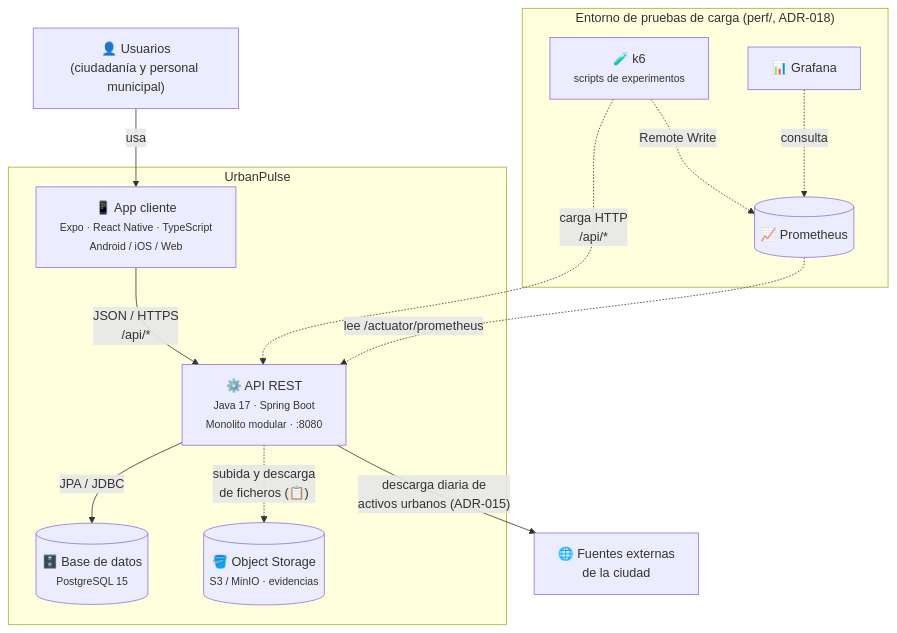
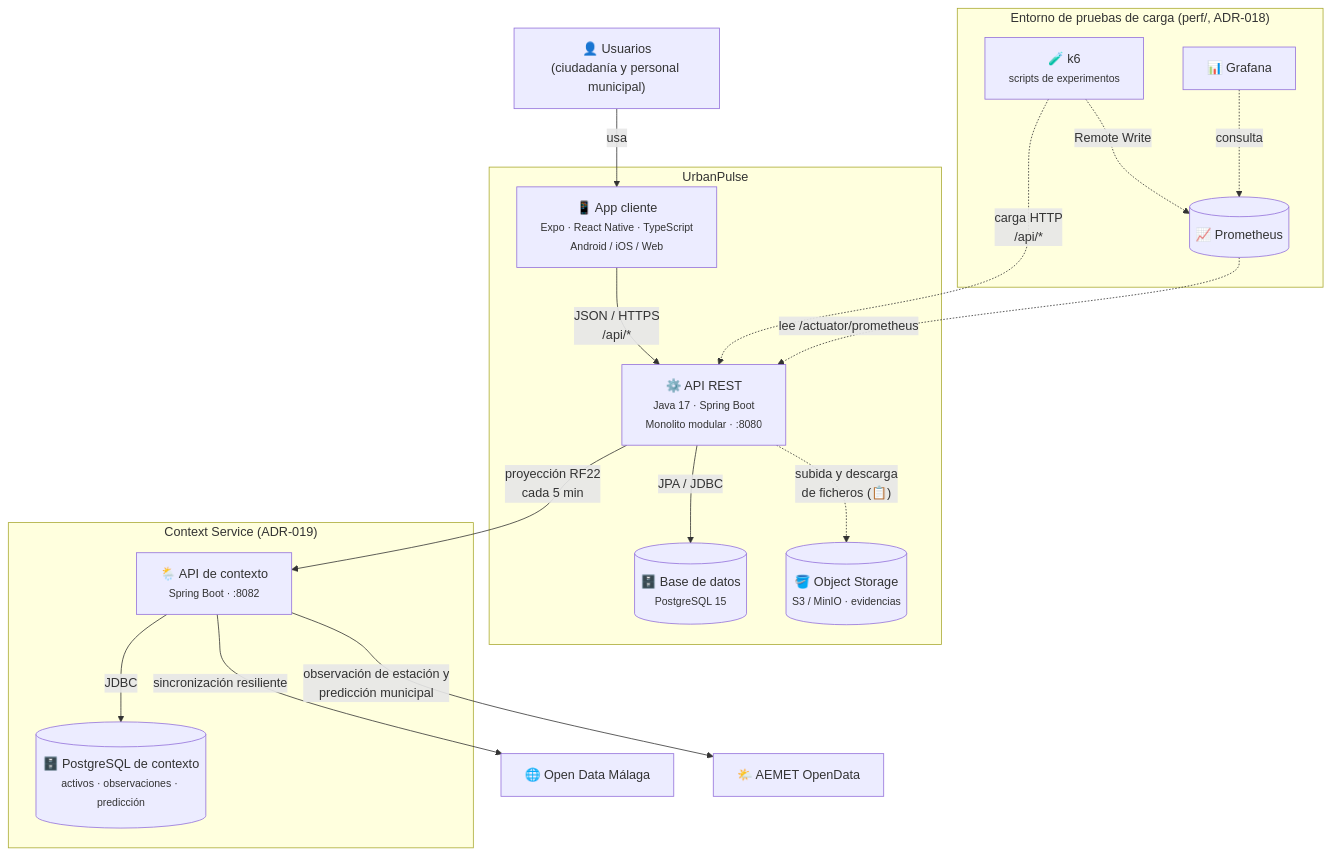
Before and after one commit to JANUEVE5/UrbanPulse: the second of 6 diagrams in docs/architecture.md, drawn with Mermaid. The commit also changed other lines of this file and 54 other files, not shown here.

Commit message:
feat(context): extraer contexto urbano y meteorológico

````diff
--- a/docs/architecture.md
+++ b/docs/architecture.md
@@ -74,29 +75,37 @@
 ```mermaid
 flowchart TB
     user["👤 Usuarios<br/>(ciudadanía y personal municipal)"]
 
     subgraph up["UrbanPulse"]
         app["📱 App cliente<br/><small>Expo · React Native · TypeScript<br/>Android / iOS / Web</small>"]
         api["⚙️ API REST<br/><small>Java 17 · Spring Boot<br/>Monolito modular · :8080</small>"]
         db[("🗄️ Base de datos<br/><small>PostgreSQL 15</small>")]
         obj[("🪣 Object Storage<br/><small>S3 / MinIO · evidencias</small>")]
     end
 
-    ext["🌐 Fuentes externas<br/>de la ciudad"]
+    subgraph ctx["Context Service (ADR-019)"]
+        ctxapi["🌦️ API de contexto<br/><small>Spring Boot · :8082</small>"]
+        ctxdb[("🗄️ PostgreSQL de contexto<br/><small>activos · observaciones · predicción</small>")]
+    end
+    odm["🌐 Open Data Málaga"]
+    aemet["🌤️ AEMET OpenData"]
 
     subgraph obs["Entorno de pruebas de carga (perf/, ADR-018)"]
         k6["🧪 k6<br/><small>scripts de experimentos</small>"]
         prom[("📈 Prometheus")]
         graf["📊 Grafana"]
     end
 
     user -- "usa" --> app
     app -- "JSON / HTTPS<br/>/api/*" --> api
     api -- "JPA / JDBC" --> db
     api -. "subida y descarga<br/>de ficheros (📋)" .-> obj
-    api -- "descarga diaria de<br/>activos urbanos (ADR-015)" --> ext
+    api -- "proyección RF22<br/>cada 5 min" --> ctxapi
+    ctxapi -- "JDBC" --> ctxdb
+    ctxapi -- "sincronización resiliente" --> odm
+    ctxapi -- "observación de estación y<br/>predicción municipal" --> aemet
     k6 -. "carga HTTP<br/>/api/*" .-> api
     k6 -. "Remote Write" .-> prom
     prom -. "lee /actuator/prometheus" .-> api
     graf -. "consulta" .-> prom
 ```
````
